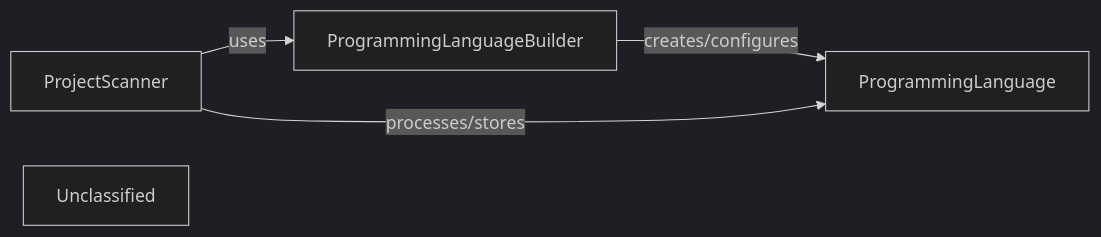
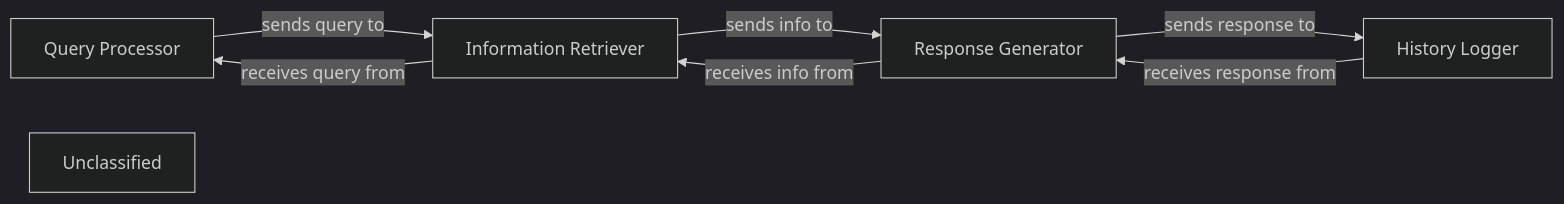
The sixth of 8 diagrams in docs/development/architecture.md (CodeBoarding/CodeBoarding), drawn with Mermaid (dark theme) before and after one commit. The commit also changed other lines of this file and 25 other files, not shown here.

First line of the commit message:
docs: update codeboarding documentation and generate architecture

````diff
--- a/docs/development/architecture.md
+++ b/docs/development/architecture.md
@@ -449,10 +352,14 @@
 ```mermaid
 graph LR
-    ProjectScanner["ProjectScanner"]
-    ProgrammingLanguageBuilder["ProgrammingLanguageBuilder"]
-    ProgrammingLanguage["ProgrammingLanguage"]
+    Query_Processor["Query Processor"]
+    Information_Retriever["Information Retriever"]
+    Response_Generator["Response Generator"]
+    History_Logger["History Logger"]
     Unclassified["Unclassified"]
-    ProjectScanner -- "uses" --> ProgrammingLanguageBuilder
-    ProgrammingLanguageBuilder -- "creates/configures" --> ProgrammingLanguage
-    ProjectScanner -- "processes/stores" --> ProgrammingLanguage
+    Query_Processor -- "sends query to" --> Information_Retriever
+    Information_Retriever -- "sends info to" --> Response_Generator
+    Response_Generator -- "sends response to" --> History_Logger
+    Information_Retriever -- "receives query from" --> Query_Processor
+    Response_Generator -- "receives info from" --> Information_Retriever
+    History_Logger -- "receives response from" --> Response_Generator
 ```
````
